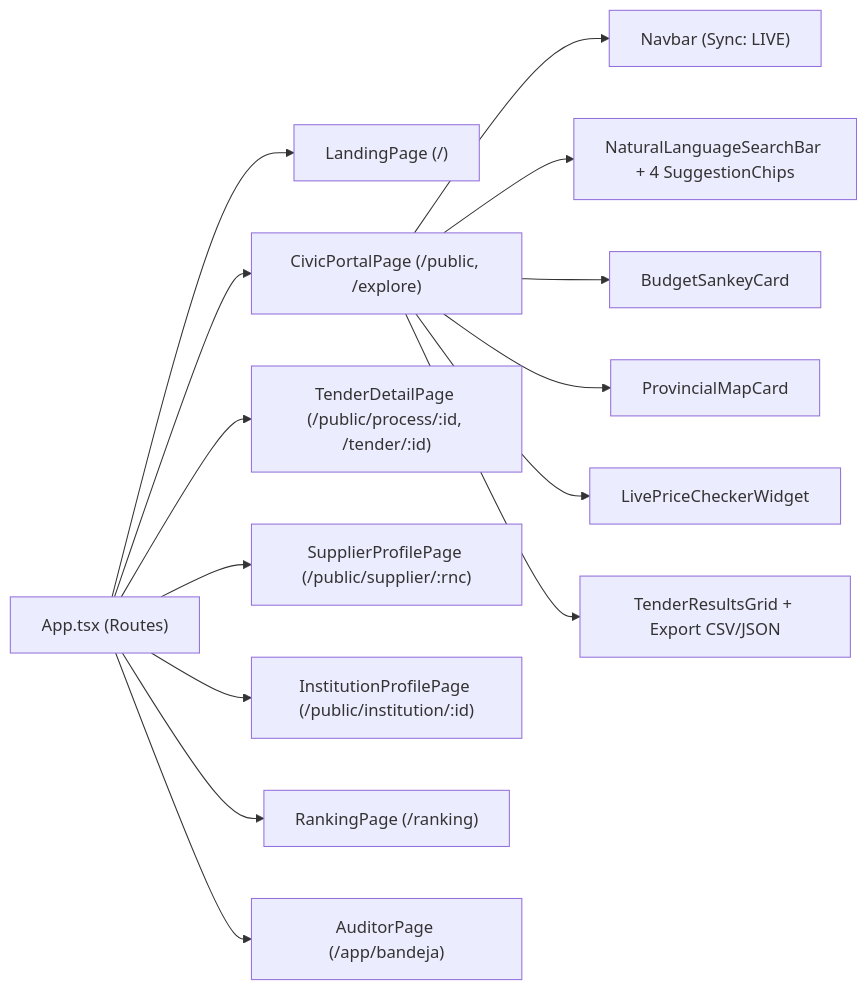
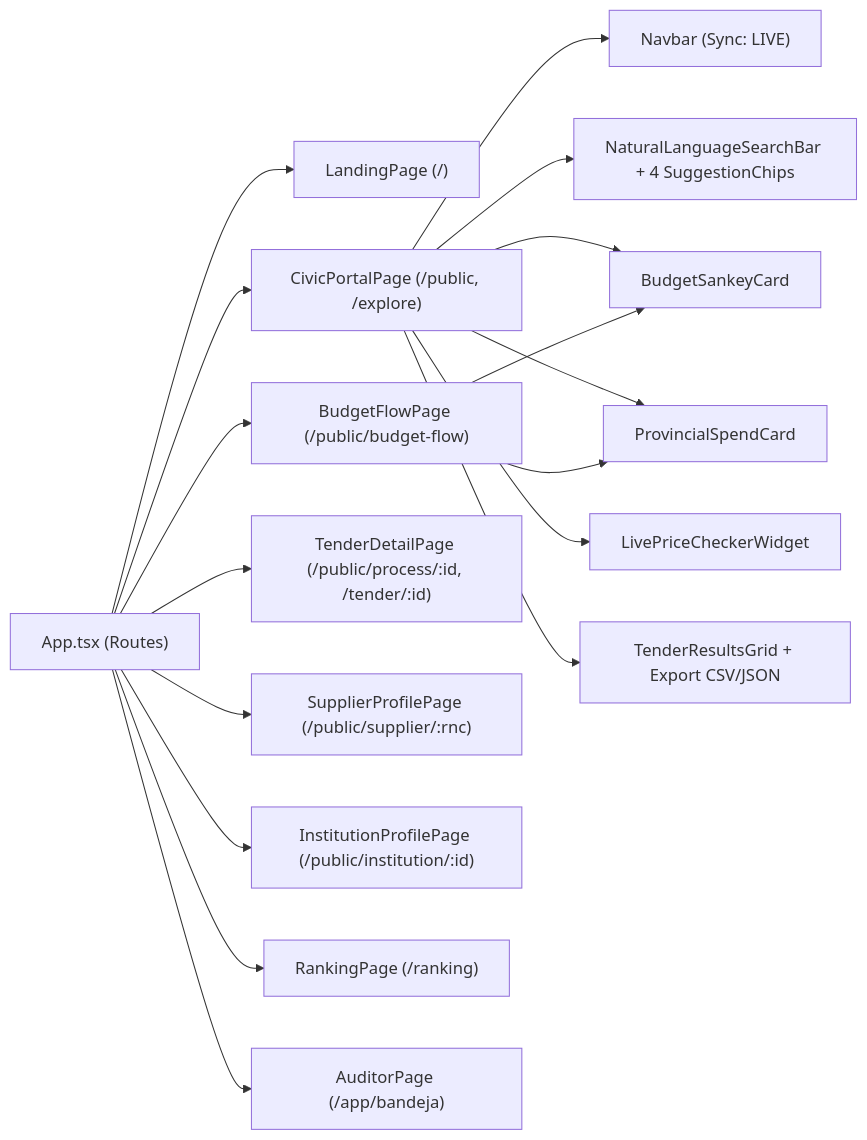
One commit to JeremyJS20/VeedorIA changed the second of 2 diagrams in specs/veedoria-core/buscador-ciudadano/design.md. Above: the diagram before and after it, drawn with Mermaid. The commit also changed other lines of this file and 14 other files, not shown here.

````diff
--- a/specs/veedoria-core/buscador-ciudadano/design.md
+++ b/specs/veedoria-core/buscador-ciudadano/design.md
@@ -63,17 +66,20 @@
 ```mermaid
 flowchart LR
     App["App.tsx (Routes)"] --> LP["LandingPage (/)"]
     App --> CP["CivicPortalPage (/public, /explore)"]
+    App --> BFP["BudgetFlowPage (/public/budget-flow)"]
     App --> TDP["TenderDetailPage (/public/process/:id, /tender/:id)"]
     App --> SPP["SupplierProfilePage (/public/supplier/:rnc)"]
     App --> IPP["InstitutionProfilePage (/public/institution/:id)"]
     App --> RP["RankingPage (/ranking)"]
     App --> AP["AuditorPage (/app/bandeja)"]
 
     CP --> NB["Navbar (Sync: LIVE)"]
     CP --> SB["NaturalLanguageSearchBar + 4 SuggestionChips"]
     CP --> BSC["BudgetSankeyCard"]
-    CP --> PMC["ProvincialMapCard"]
+    CP --> PSC["ProvincialSpendCard"]
+    BFP --> PSC
+    BFP --> BSC
     CP --> LPC["LivePriceCheckerWidget"]
     CP --> TRC["TenderResultsGrid + Export CSV/JSON"]
 ```
````
